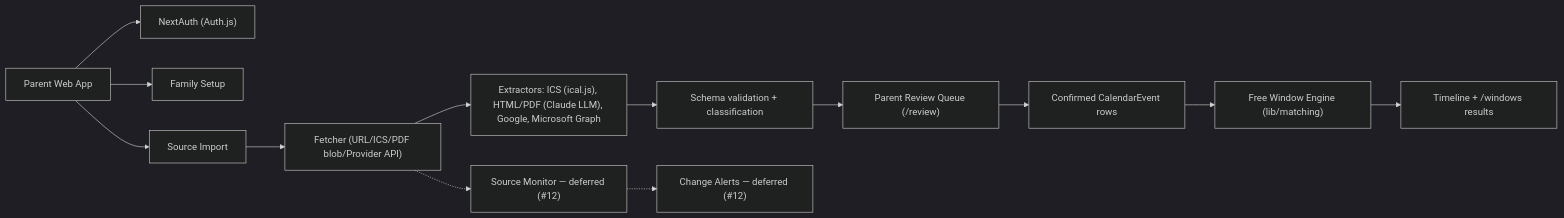
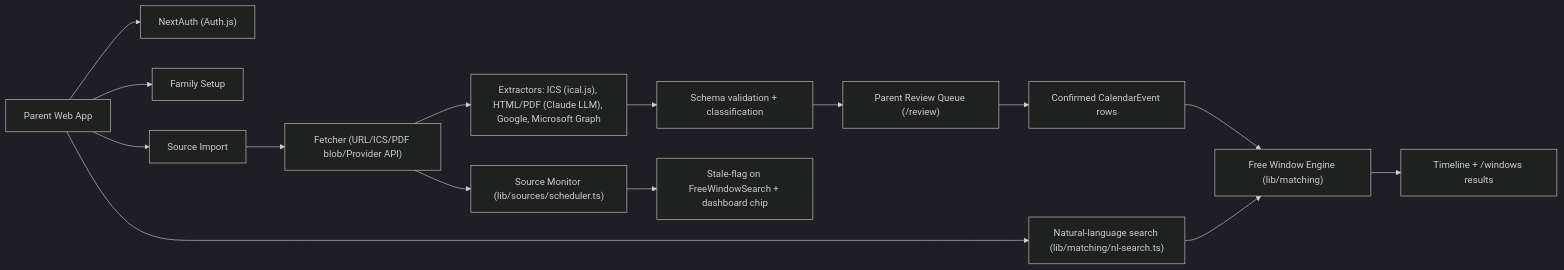
One commit to igortsives/togetherly changed the diagram in docs/ARCHITECTURE.md. Above: the diagram before and after it, drawn with Mermaid (dark theme). The commit also changed other lines of this file and 8 other files, not shown here.

````diff
--- a/docs/ARCHITECTURE.md
+++ b/docs/ARCHITECTURE.md
@@ -21,15 +21,17 @@
 ```mermaid
 flowchart LR
   User["Parent Web App"] --> Auth["NextAuth (Auth.js)"]
   User --> Family["Family Setup"]
   User --> Sources["Source Import"]
   Sources --> Fetcher["Fetcher (URL/ICS/PDF blob/Provider API)"]
   Fetcher --> Extractors["Extractors: ICS (ical.js), HTML/PDF (Claude LLM), Google, Microsoft Graph"]
   Extractors --> Normalizer["Schema validation + classification"]
   Normalizer --> Review["Parent Review Queue (/review)"]
   Review --> Events["Confirmed CalendarEvent rows"]
   Events --> Matcher["Free Window Engine (lib/matching)"]
   Matcher --> UI["Timeline + /windows results"]
-  Fetcher -.-> Monitor["Source Monitor — deferred (#12)"]
-  Monitor -.-> Alerts["Change Alerts — deferred (#12)"]
+  User --> NlSearch["Natural-language search (lib/matching/nl-search.ts)"]
+  NlSearch --> Matcher
+  Fetcher --> Monitor["Source Monitor (lib/sources/scheduler.ts)"]
+  Monitor --> Alerts["Stale-flag on FreeWindowSearch + dashboard chip"]
 ```
````
